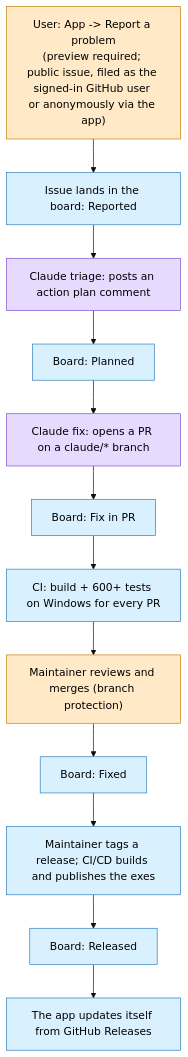
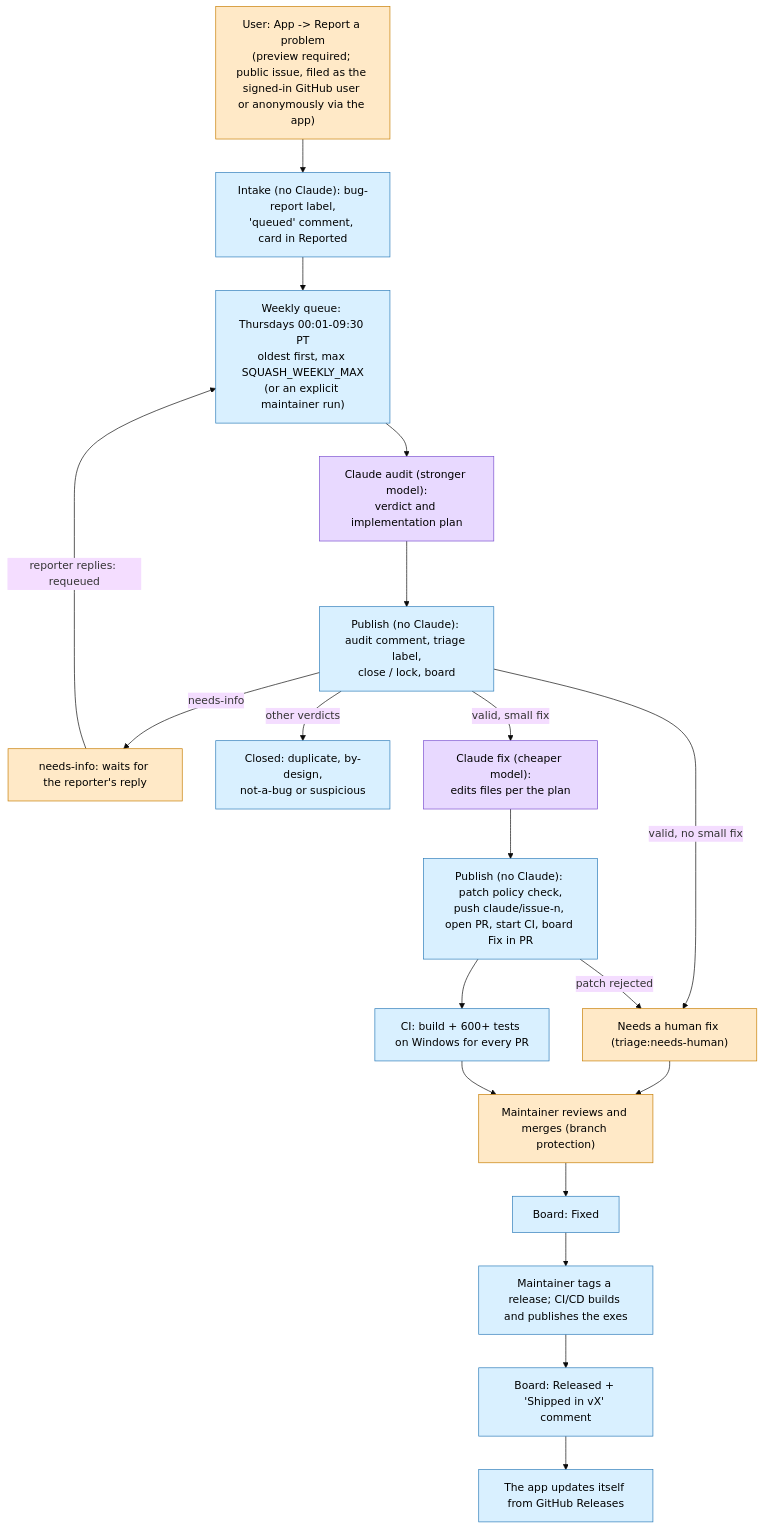
Before and after one commit to jrose462/Optimus-Vibe: the diagram in docs/pipeline.md, drawn with Mermaid (base theme). The commit also changed other lines of this file and 5 other files, not shown here.

First line of the commit message:
docs: weekly two-stage bug squash (intake, audit, fix, publish)

````diff
--- a/docs/pipeline.md
+++ b/docs/pipeline.md
@@ -7,19 +7,33 @@
 ```mermaid
 flowchart TD
     A["User: App -> Report a problem<br/>(preview required; public issue, filed as the signed-in GitHub user or anonymously via the app)"]:::human
-    B["Issue lands in the board: Reported"]:::ci
-    C["Claude triage: posts an action plan comment"]:::claude
-    D["Board: Planned"]:::ci
-    E["Claude fix: opens a PR on a claude/* branch"]:::claude
-    F["Board: Fix in PR"]:::ci
+    B["Intake (no Claude): bug-report label,<br/>'queued' comment, card in Reported"]:::ci
+    Q["Weekly queue: Thursdays 00:01-09:30 PT<br/>oldest first, max SQUASH_WEEKLY_MAX<br/>(or an explicit maintainer run)"]:::ci
+    C["Claude audit (stronger model):<br/>verdict and implementation plan"]:::claude
+    P1["Publish (no Claude): audit comment, triage label,<br/>close / lock, board"]:::ci
+    N["needs-info: waits for the reporter's reply"]:::human
+    R["Closed: duplicate, by-design,<br/>not-a-bug or suspicious"]:::ci
+    F["Claude fix (cheaper model):<br/>edits files per the plan"]:::claude
+    P2["Publish (no Claude): patch policy check,<br/>push claude/issue-n, open PR, start CI, board Fix in PR"]:::ci
+    HF["Needs a human fix (triage:needs-human)"]:::human
     G["CI: build + 600+ tests on Windows for every PR"]:::ci
     H["Maintainer reviews and merges (branch protection)"]:::human
     I["Board: Fixed"]:::ci
     J["Maintainer tags a release; CI/CD builds and publishes the exes"]:::ci
-    K["Board: Released"]:::ci
+    K["Board: Released + 'Shipped in vX' comment"]:::ci
     L["The app updates itself from GitHub Releases"]:::ci
-    A --> B --> C --> D --> E --> F --> G --> H --> I --> J --> K --> L
+    A --> B --> Q --> C --> P1
+    P1 -->|"valid, small fix"| F
+    P1 -->|"valid, no small fix"| HF
+    P1 -->|"needs-info"| N
+    P1 -->|"other verdicts"| R
+    N -->|"reporter replies: requeued"| Q
+    F --> P2
+    P2 -->|"patch rejected"| HF
+    P2 --> G
+    HF --> H
+    G --> H --> I --> J --> K --> L
     classDef claude fill:#e8d9ff,stroke:#7a4fd0,color:#000;
     classDef ci fill:#d9f0ff,stroke:#2b7bb9,color:#000;
     classDef human fill:#ffe9c7,stroke:#c77d00,color:#000;
 ```
````
